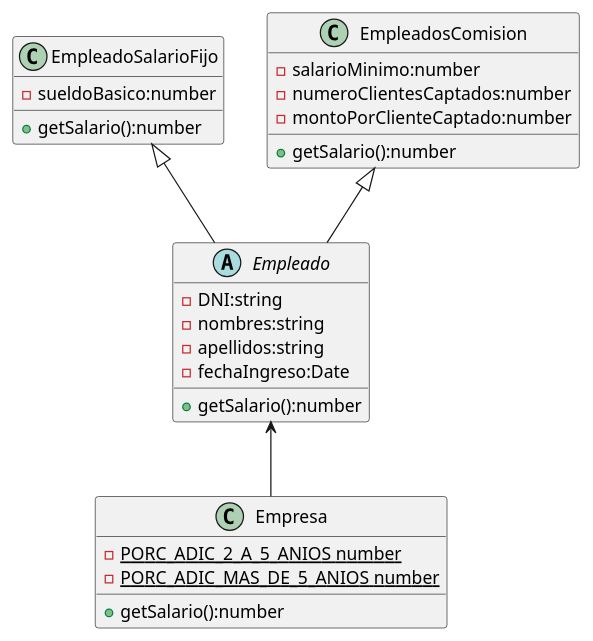
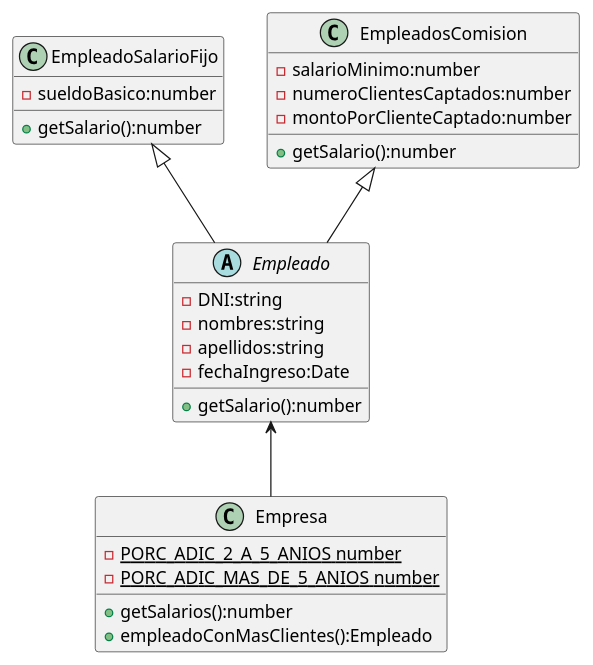
One commit to wilmansirit/UMLs changed the diagram in PolimorfismoUML/Empleados.puml. Above: the diagram before and after it, drawn with PlantUML. The commit also changed 2 other files, not shown here.

```diff
--- a/PolimorfismoUML/Empleados.puml
+++ b/PolimorfismoUML/Empleados.puml
@@ -1,42 +1,43 @@
 @startuml "Empleados"
 
 class Empresa {
     {static} - PORC_ADIC_2_A_5_ANIOS number
     {static} - PORC_ADIC_MAS_DE_5_ANIOS number
 
-    + getSalario():number
+    + getSalarios():number
+    + empleadoConMasClientes():Empleado
 
 }
 
 abstract class Empleado {
     - DNI:string 
     - nombres:string
     - apellidos:string
     - fechaIngreso:Date 
 
     + getSalario():number
 
 
 }
 
 class EmpleadoSalarioFijo {
     - sueldoBasico:number
 
     + getSalario():number
     
 }
 
 class EmpleadosComision {
     - salarioMinimo:number
     - numeroClientesCaptados:number
     - montoPorClienteCaptado:number
 
     + getSalario():number
 }
 
 Empleado <-- Empresa
 EmpleadoSalarioFijo <|-- Empleado
 EmpleadosComision <|-- Empleado
 
 
 @enduml
```
